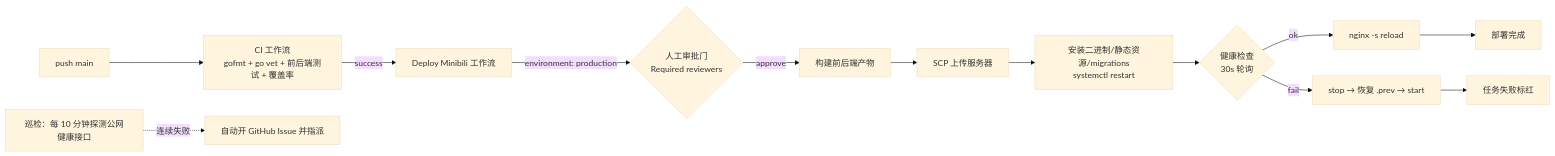
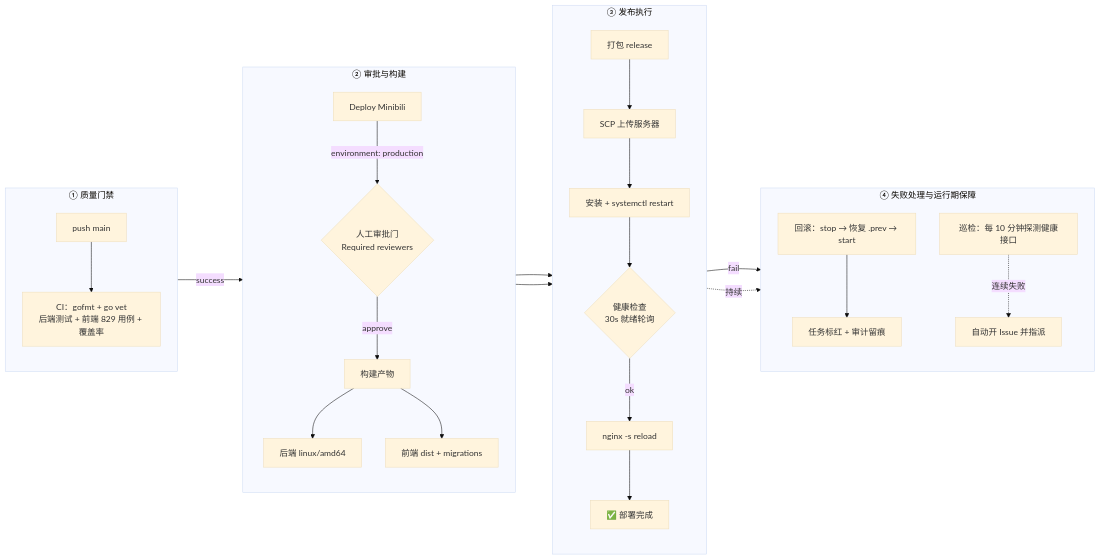
One commit to earthcake2233/cakecake changed the diagram in docs/DEPLOYMENT-PIPELINE.md. Above: the diagram before and after it, drawn with Mermaid (base theme). The commit also changed 1 other file, not shown here.

Commit message:
docs: widen deployment pipeline architecture diagram (stage subgraphs)
Docs: docs/DEPLOYMENT-PIPELINE.md, docs/DEPLOYMENT-PIPELINE_EN.md

````diff
--- a/docs/DEPLOYMENT-PIPELINE.md
+++ b/docs/DEPLOYMENT-PIPELINE.md
@@ -11,14 +11,31 @@
 ```mermaid
+%%{init: {"flowchart": {"nodeSpacing": 45, "rankSpacing": 70}}}%%
 flowchart LR
-    Push["push main"] --> CI["CI 工作流<br/>gofmt + go vet + 前后端测试 + 覆盖率"]
-    CI -- "success" --> Deploy["Deploy Minibili 工作流"]
-    Deploy -->|"environment: production"| Approve{"人工审批门<br/>Required reviewers"}
-    Approve -- "approve" --> Build["构建前后端产物"]
-    Build --> Upload["SCP 上传服务器"]
-    Upload --> Install["安装二进制/静态资源/migrations<br/>systemctl restart"]
-    Install --> Health{"健康检查<br/>30s 轮询"}
-    Health -- "ok" --> Nginx["nginx -s reload"] --> Done["部署完成"]
-    Health -- "fail" --> Rollback["stop → 恢复 .prev → start"]
-    Rollback --> Alert["任务失败标红"]
-    Monitor["巡检：每 10 分钟探测公网健康接口"] -.->|"连续失败"| Issue["自动开 GitHub Issue 并指派"]
+    subgraph S1["① 质量门禁"]
+        direction TB
+        Push["push main"] --> CI["CI：gofmt + go vet<br/>后端测试 + 前端 829 用例 + 覆盖率"]
+    end
+    subgraph S2["② 审批与构建"]
+        direction TB
+        CI -- "success" --> Deploy["Deploy Minibili"]
+        Deploy -->|"environment: production"| Approve{"人工审批门<br/>Required reviewers"}
+        Approve -- "approve" --> Build["构建产物"]
+        Build --> BE["后端 linux/amd64"]
+        Build --> FE["前端 dist + migrations"]
+    end
+    subgraph S3["③ 发布执行"]
+        direction TB
+        BE & FE --> Pack["打包 release"]
+        Pack --> Upload["SCP 上传服务器"]
+        Upload --> Install["安装 + systemctl restart"]
+        Install --> Health{"健康检查<br/>30s 就绪轮询"}
+        Health -- "ok" --> Reload["nginx -s reload"] --> Done["✅ 部署完成"]
+    end
+    subgraph S4["④ 失败处理与运行期保障"]
+        direction TB
+        Health -- "fail" --> Rollback["回滚：stop → 恢复 .prev → start"]
+        Rollback --> Alert["任务标红 + 审计留痕"]
+        Monitor["巡检：每 10 分钟探测健康接口"] -.->|"连续失败"| Issue["自动开 Issue 并指派"]
+    end
+    Done -. "持续" .-> Monitor
 ```
````
